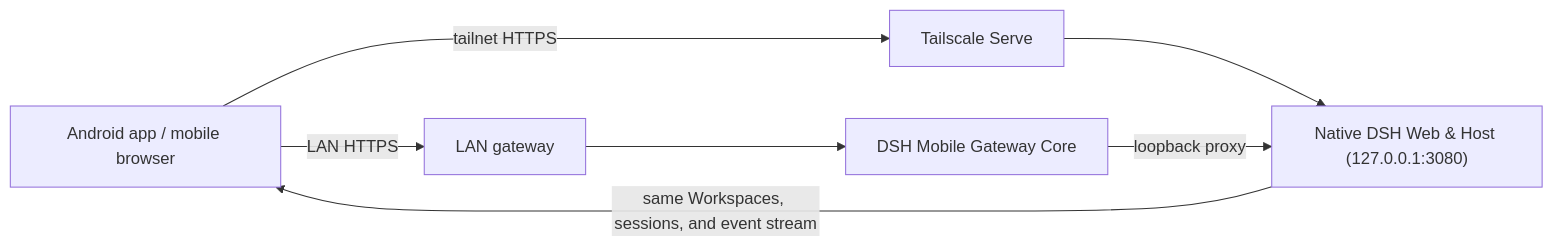
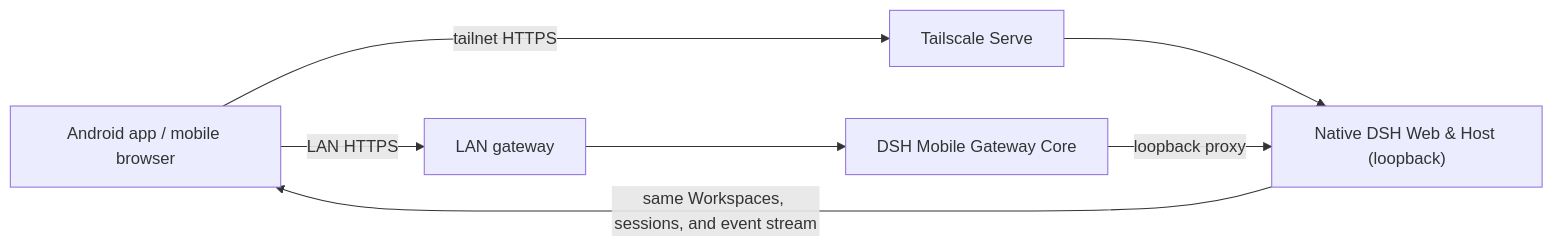
One commit to qiushenjie/dsh-mobile-tailscale changed the diagram in README.en.md. Above: the diagram before and after it, drawn with Mermaid. The commit also changed other lines of this file and 18 other files, not shown here.

````diff
--- a/README.en.md
+++ b/README.en.md
@@ -220,9 +263,9 @@
 ```mermaid
 flowchart LR
   Phone["Android app / mobile browser"] -->|"LAN HTTPS"| Lan["LAN gateway"]
   Phone -->|"tailnet HTTPS"| Serve["Tailscale Serve"]
   Lan --> Gateway["DSH Mobile Gateway Core"]
-  Serve --> DSH["Native DSH Web & Host (127.0.0.1:3080)"]
+  Serve --> DSH["Native DSH Web & Host (loopback)"]
   Gateway -->|"loopback proxy"| DSH
   DSH -->|"same Workspaces, sessions, and event stream"| Phone
 ```
````
